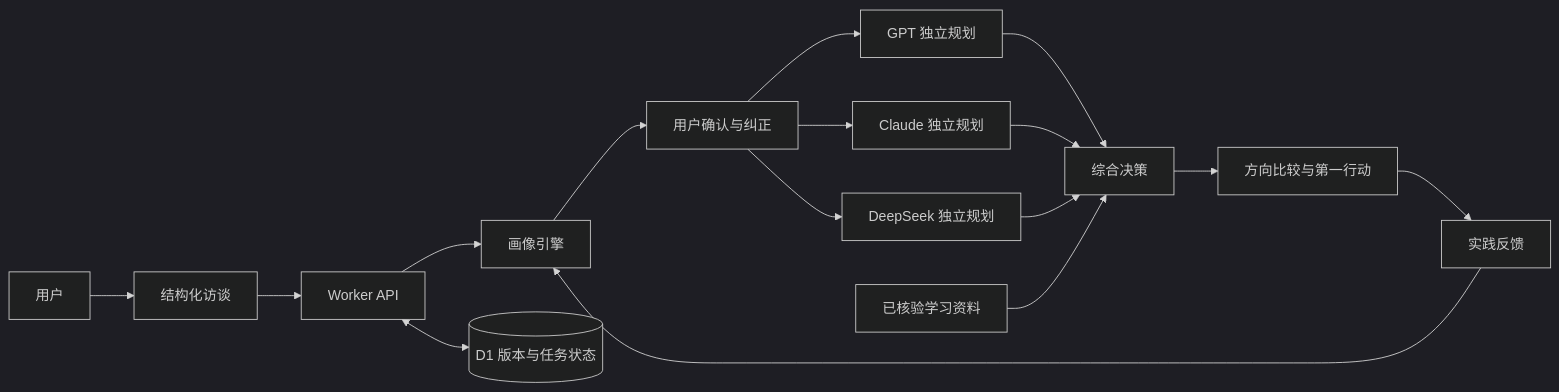
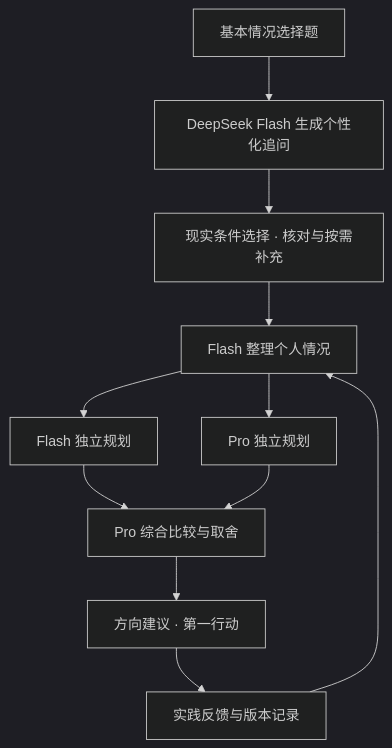
One commit to wolfgang008/life-coordinate changed the diagram in README.md. Above: the diagram before and after it, drawn with Mermaid (dark theme). The commit also changed other lines of this file and 83 other files, not shown here.

````diff
--- a/README.md
+++ b/README.md
@@ -91,18 +79,13 @@
 ```mermaid
-flowchart LR
-    U[用户] --> W[结构化访谈]
-    W --> API[Worker API]
-    API --> P[画像引擎]
-    P --> C[用户确认与纠正]
-    C --> M1[GPT 独立规划]
-    C --> M2[Claude 独立规划]
-    C --> M3[DeepSeek 独立规划]
-    M1 --> D[综合决策]
-    M2 --> D
-    M3 --> D
-    E[已核验学习资料] --> D
-    D --> R[方向比较与第一行动]
-    R --> F[实践反馈]
-    F --> P
-    API <--> DB[(D1 版本与任务状态)]
+flowchart TD
+    A[基本情况选择题] --> B[DeepSeek Flash 生成个性化追问]
+    B --> C[现实条件选择 · 核对与按需补充]
+    C --> D[Flash 整理个人情况]
+    D --> E[Flash 独立规划]
+    D --> F[Pro 独立规划]
+    E --> G[Pro 综合比较与取舍]
+    F --> G
+    G --> H[方向建议 · 第一行动]
+    H --> I[实践反馈与版本记录]
+    I --> D
 ```
````
